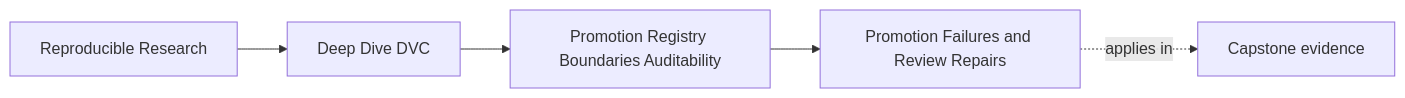
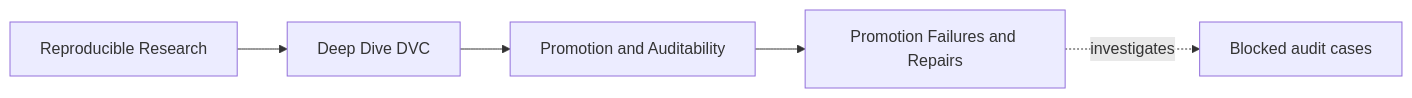
One commit to bijux/bijux-masterclass changed the first of 5 diagrams in programs/reproducible-research/deep-dive-dvc/course-book/module-09-promotion-registry-boundaries-auditability/promotion-failures-and-review-repairs.md. Above: the diagram before and after it, drawn with Mermaid. The commit also changed other lines of this file, not shown here.

Commit message:
docs(dvc): preserve evidence through promotion repairs

````diff
--- a/programs/reproducible-research/deep-dive-dvc/course-book/module-09-promotion-registry-boundaries-auditability/promotion-failures-and-review-repairs.md
+++ b/programs/reproducible-research/deep-dive-dvc/course-book/module-09-promotion-registry-boundaries-auditability/promotion-failures-and-review-repairs.md
@@ -7,11 +5,11 @@
 ```mermaid
 graph LR
   family["Reproducible Research"]
   program["Deep Dive DVC"]
-  section["Promotion Registry Boundaries Auditability"]
-  page["Promotion Failures and Review Repairs"]
-  capstone["Capstone evidence"]
+  section["Promotion and Auditability"]
+  page["Promotion Failures and Repairs"]
+  evidence["Blocked audit cases"]
 
   family --> program --> section --> page
-  page -.applies in.-> capstone
+  page -.investigates.-> evidence
 ```
````
